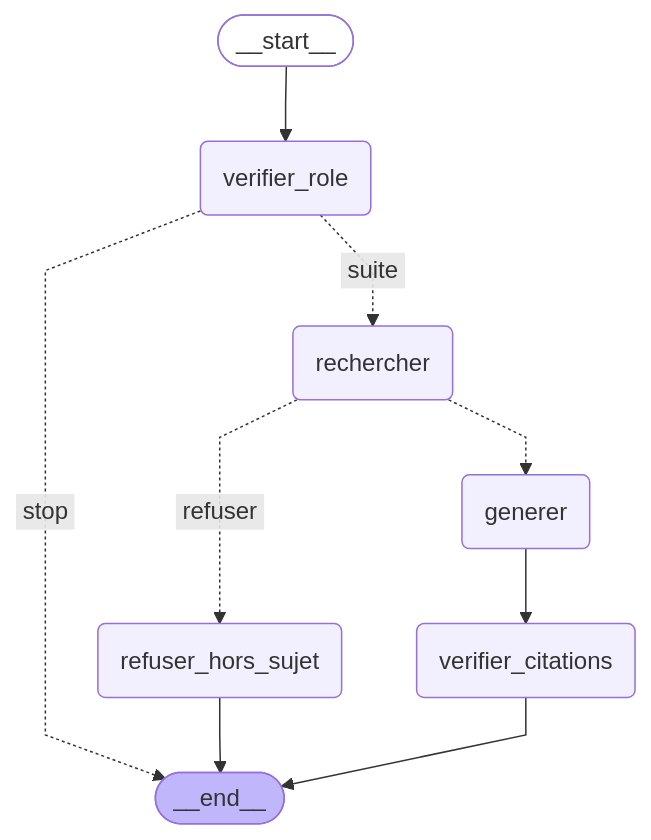
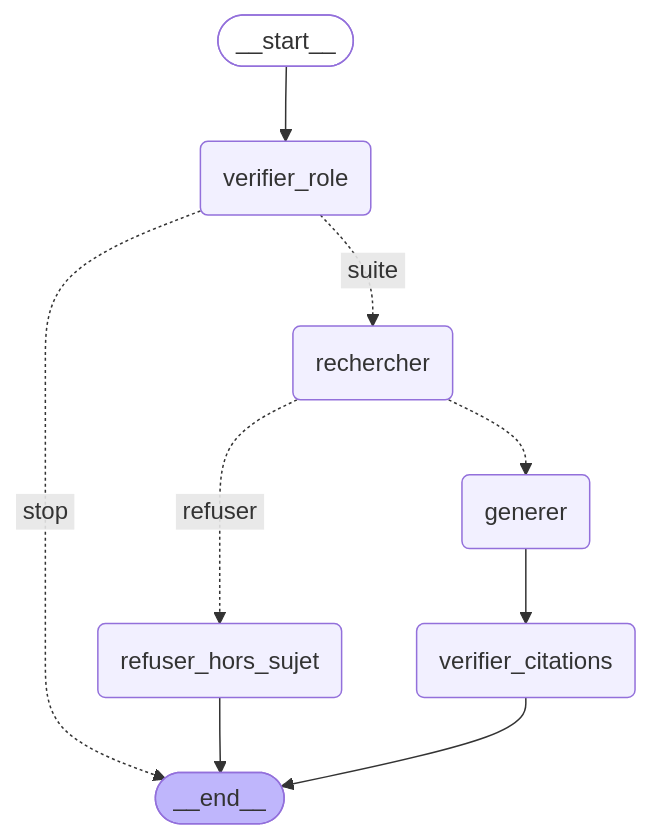
Before and after one commit to amen1920-hub/secure-enterprise-assistant: the second of 2 diagrams in docs/architecture.md, drawn with Mermaid. The commit also changed other lines of this file, not shown here.

Commit message:
Update architecture docs: hybrid search, agent graph, status

````diff
--- a/docs/architecture.md
+++ b/docs/architecture.md
@@ -5,26 +36,21 @@
 ```mermaid
----
-config:
-  flowchart:
-    curve: linear
----
 graph TD;
         __start__([<p>__start__</p>]):::first
         verifier_role(verifier_role)
         rechercher(rechercher)
         refuser_hors_sujet(refuser_hors_sujet)
         generer(generer)
         verifier_citations(verifier_citations)
         __end__([<p>__end__</p>]):::last
         __start__ --> verifier_role;
         generer --> verifier_citations;
         rechercher -.-> generer;
         rechercher -. &nbsp;refuser&nbsp; .-> refuser_hors_sujet;
         verifier_role -. &nbsp;stop&nbsp; .-> __end__;
         verifier_role -. &nbsp;suite&nbsp; .-> rechercher;
         refuser_hors_sujet --> __end__;
         verifier_citations --> __end__;
         classDef default fill:#f2f0ff,line-height:1.2
         classDef first fill-opacity:0
         classDef last fill:#bfb6fc
 ```
````
